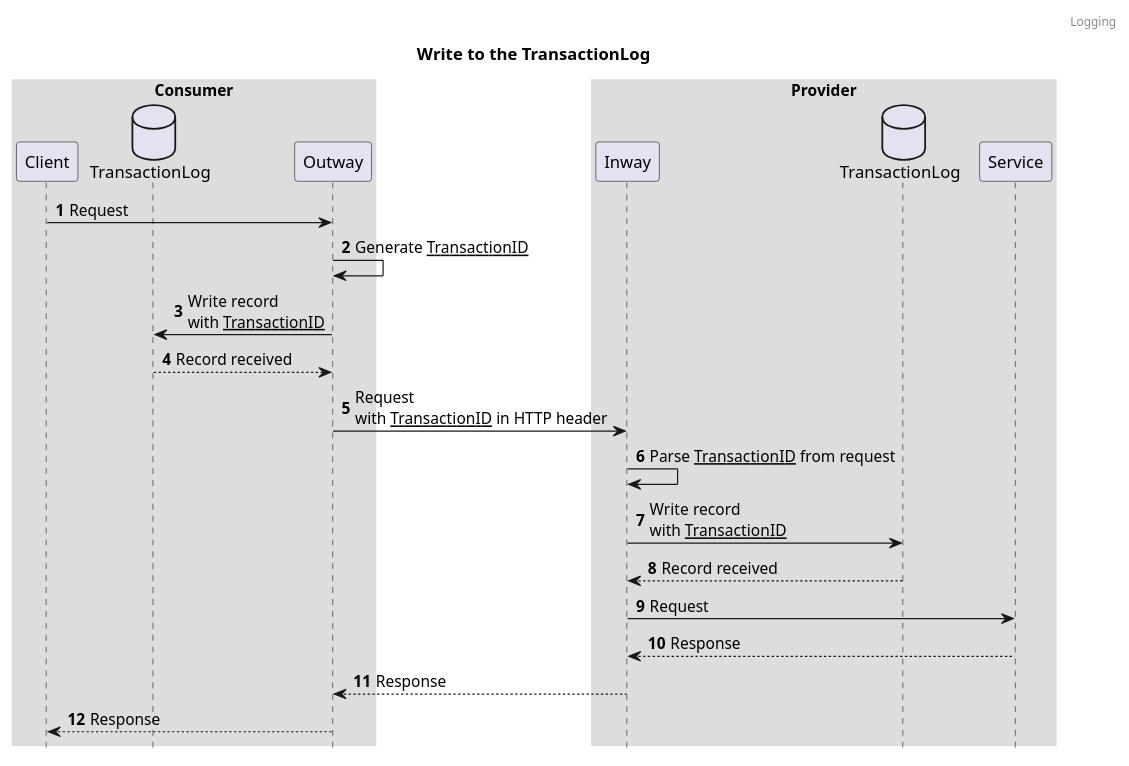
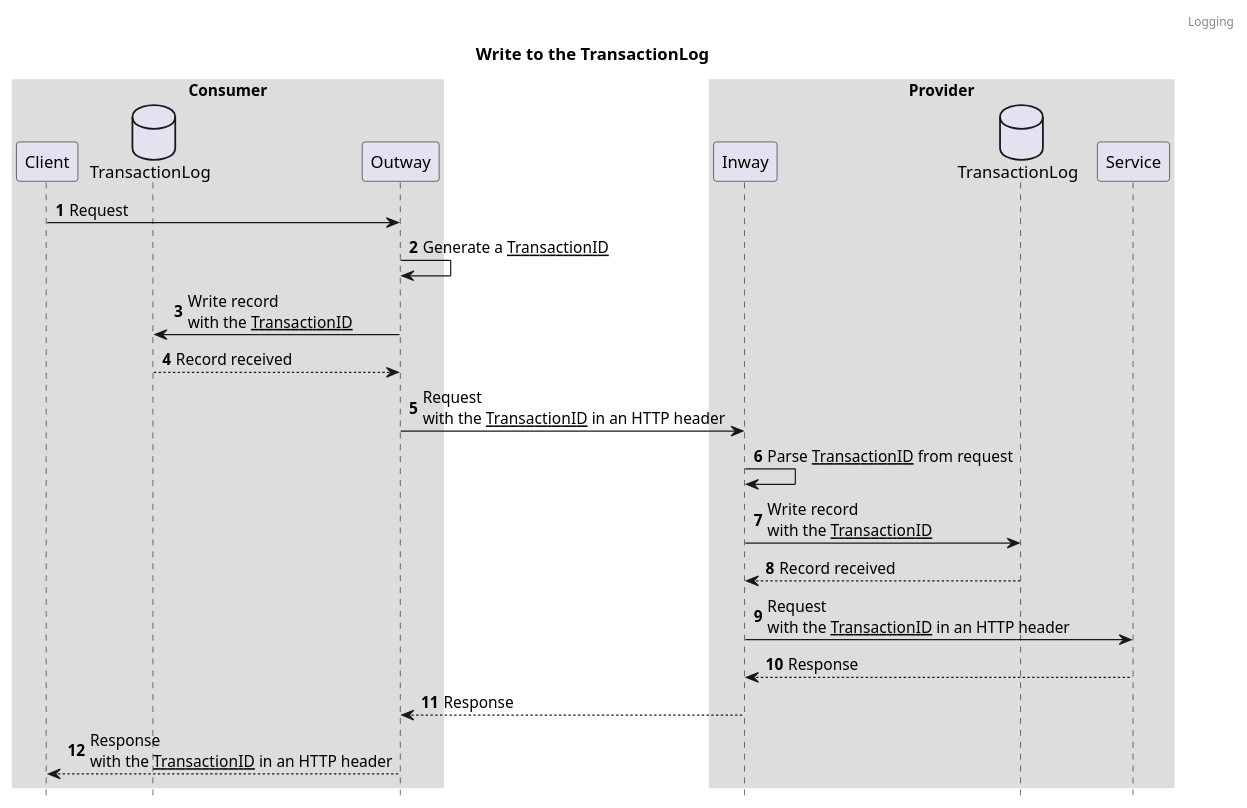
Before and after one commit to Logius-standaarden/fsc-logging: the diagram in diagrams/seq-write-transaction-log.puml, drawn with PlantUML. The commit also changed 1 other file, not shown here.

Commit message:
logging: add a description for each step in the sequence diagrams
Issue: fsc-nlx#163

```diff
--- a/diagrams/seq-write-transaction-log.puml
+++ b/diagrams/seq-write-transaction-log.puml
@@ -1,37 +1,37 @@
 @startuml
 
 autonumber
 title: Write to the TransactionLog
 header: Logging
 autonumber
 
 box "Consumer"
   participant "Client" as client
   database "TransactionLog" as transactionLogConsumer
   participant "Outway" as outway
 end box
 
 box "Provider"
   participant "Inway" as inway
   database "TransactionLog" as transactionLogProvider
   participant "Service" as service
 end box
 
 client -> outway: Request
-outway -> outway: Generate __TransactionID__
-outway -> transactionLogConsumer: Write record\nwith __TransactionID__
+outway -> outway: Generate a __TransactionID__
+outway -> transactionLogConsumer: Write record\nwith the __TransactionID__
 transactionLogConsumer --> outway: Record received
-outway -> inway: Request\nwith __TransactionID__ in HTTP header
+outway -> inway: Request\nwith the __TransactionID__ in an HTTP header
 inway -> inway: Parse __TransactionID__ from request
-inway -> transactionLogProvider: Write record\nwith __TransactionID__
+inway -> transactionLogProvider: Write record\nwith the __TransactionID__
 transactionLogProvider --> inway:  Record received
-inway -> service: Request
+inway -> service: Request\nwith the __TransactionID__ in an HTTP header
 service --> inway: Response
 inway --> outway: Response
-outway --> client: Response
+outway --> client: Response\nwith the __TransactionID__ in an HTTP header
 
 skinparam sequenceBoxBorderColor #transparent
 skinparam boxPadding 50
 hide footbox
 
 @enduml
```
